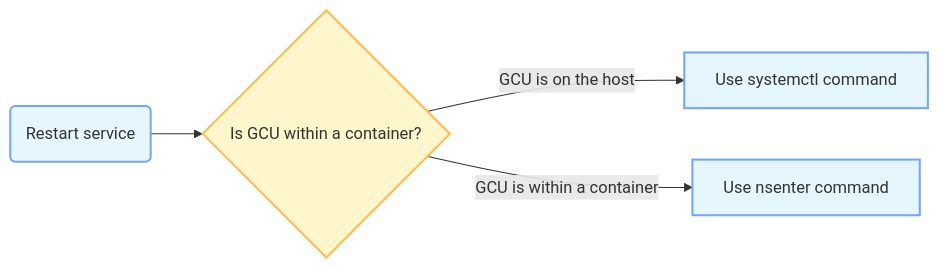
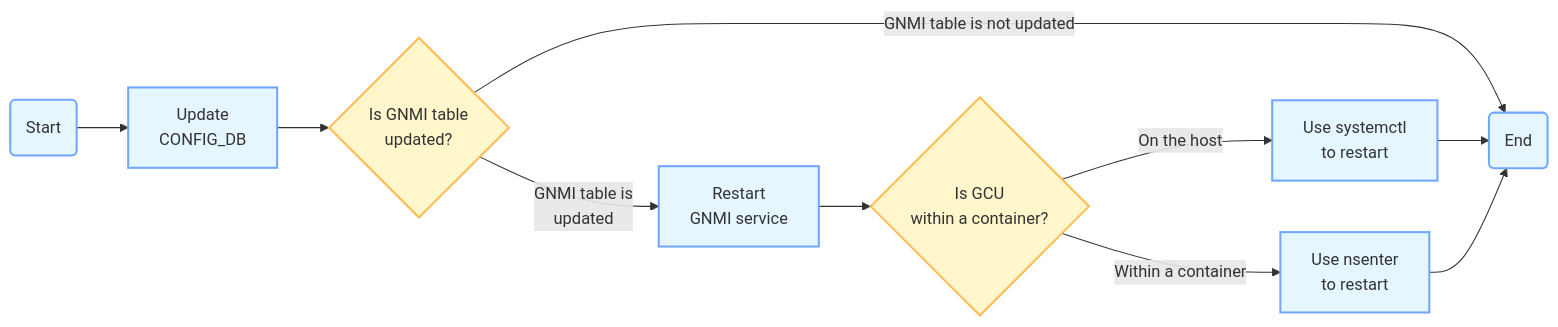
Before and after one commit to ganglyu/mermaid: the diagram in gcu_flowchart.md, drawn with Mermaid.

````diff
--- a/gcu_flowchart.md
+++ b/gcu_flowchart.md
@@ -1,8 +1,15 @@
 ```mermaid
 flowchart LR
     classDef process fill:#E5F6FF,stroke:#73A6FF,stroke-width:2px;
     classDef decision fill:#FFF6CC,stroke:#FFBC52,stroke-width:2px;
-    Restart(Restart service):::process --> InContainer{Is GCU within a container?}:::decision
-    InContainer --> |GCU is on the host|Systemctl[Use systemctl command]:::process
-    InContainer --> |GCU is within a container|Nsenter[Use nsenter command]:::process
+    Start(Start):::process --> UpdateDB[Update<br>CONFIG_DB]:::process
+    UpdateDB --> UpdateGNMI{Is GNMI table<br>updated?}:::decision
+    UpdateGNMI --> |GNMI table is not updated|End(End):::process
+    UpdateGNMI --> |GNMI table is<br>updated|Restart[Restart<br>GNMI service]:::process
+    Restart --> InContainer{Is GCU<br>within a container?}:::decision
+    InContainer --> |On the host|Systemctl[Use systemctl<br>to restart]:::process
+    InContainer --> |Within a container|Nsenter[Use nsenter<br>to restart]:::process
+    Systemctl --> End
+    Nsenter --> End
+    %%linkStyle 0 stroke:#ff3,stroke-width:4px;
 ```
````
